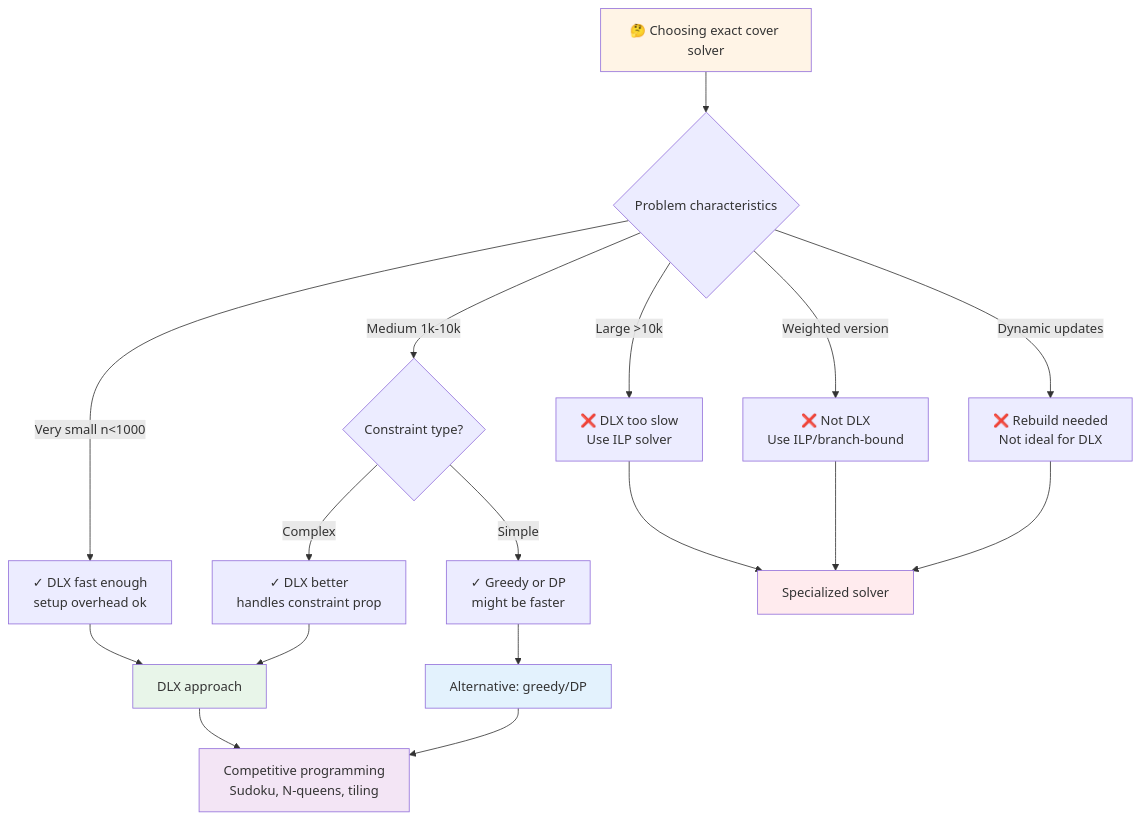
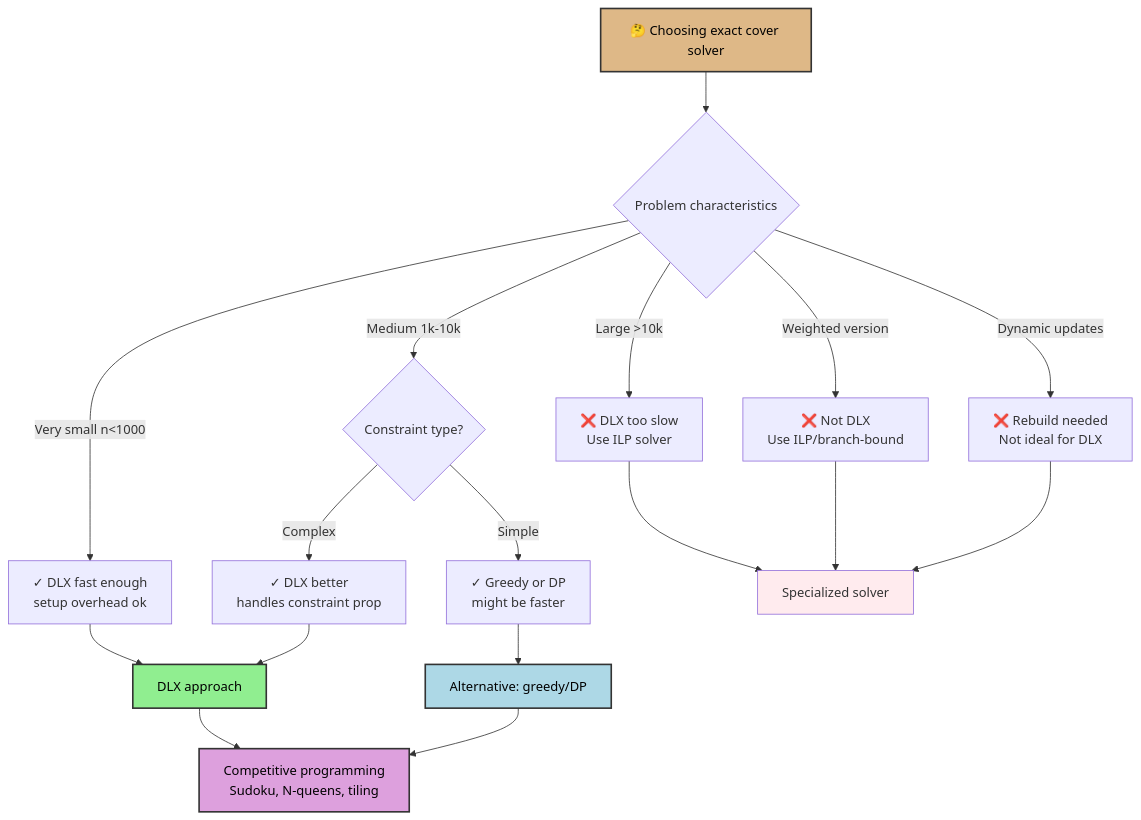
Before and after one commit to souradeepta/interviewprep: the fourth of 4 diagrams in docs/advanced_ds/dancing_links.md, drawn with Mermaid. The commit also changed other lines of this file and 31 other files, not shown here.

Commit message:
updated graphs

````diff
--- a/docs/advanced_ds/dancing_links.md
+++ b/docs/advanced_ds/dancing_links.md
@@ -189,25 +189,25 @@
 ```mermaid
 flowchart TD
     A["🤔 Choosing exact cover solver"] --> B{Problem characteristics}
     B -->|Very small n<1000| C["✓ DLX fast enough<br/>setup overhead ok"]
     B -->|Medium 1k-10k| D{Constraint type?}
     D -->|Simple| E["✓ Greedy or DP<br/>might be faster"]
     D -->|Complex| F["✓ DLX better<br/>handles constraint prop"]
     B -->|Large >10k| G["❌ DLX too slow<br/>Use ILP solver"]
     B -->|Weighted version| H["❌ Not DLX<br/>Use ILP/branch-bound"]
     B -->|Dynamic updates| I["❌ Rebuild needed<br/>Not ideal for DLX"]
     C --> J["DLX approach"]
     E --> K["Alternative: greedy/DP"]
     F --> J
     J --> L["Competitive programming<br/>Sudoku, N-queens, tiling"]
     K --> L
     G --> M["Specialized solver"]
     H --> M
     I --> M
     
-    style A fill:#fff4e6
-    style J fill:#e8f5e9
-    style K fill:#e3f2fd
+    style A fill:#deb887,color:#000,stroke:#333,stroke-width:2px
+    style J fill:#90ee90,color:#000,stroke:#333,stroke-width:2px
+    style K fill:#add8e6,color:#000,stroke:#333,stroke-width:2px
     style M fill:#ffebee
-    style L fill:#f3e5f5
+    style L fill:#dda0dd,color:#000,stroke:#333,stroke-width:2px
 ```
````
